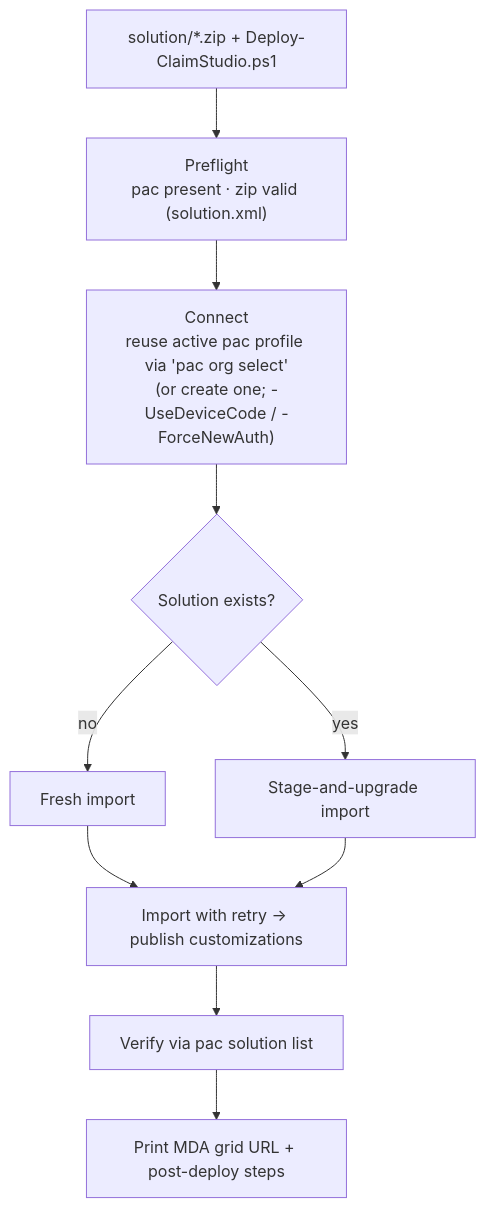
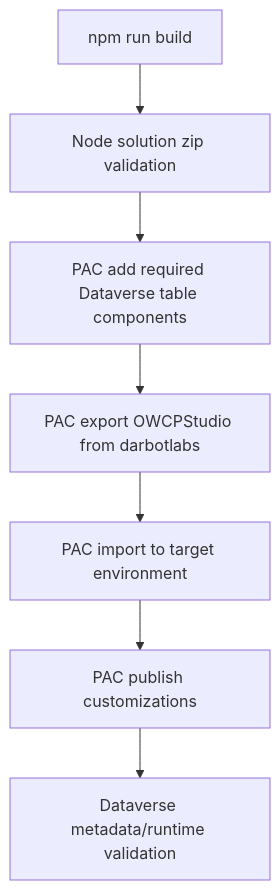
The fifth of 6 diagrams in README.md (dayour/claimsassist), drawn with Mermaid before and after one commit. The commit also changed other lines of this file and 39 other files, not shown here.

Commit message:
Update Claim Studio runtime docs and PDF schema

````diff
--- a/README.md
+++ b/README.md
@@ -167,12 +197,9 @@
 ```mermaid
 flowchart TB
-    Z["solution/*.zip + Deploy-ClaimStudio.ps1"] --> P1["Preflight<br/>pac present · zip valid (solution.xml)"]
-    P1 --> A1["Connect<br/>reuse active pac profile via 'pac org select'<br/>(or create one; -UseDeviceCode / -ForceNewAuth)"]
-    A1 --> D1{"Solution exists?"}
-    D1 -->|no| I1["Fresh import"]
-    D1 -->|yes| I2["Stage-and-upgrade import"]
-    I1 --> R["Import with retry → publish customizations"]
-    I2 --> R
-    R --> V["Verify via pac solution list"]
-    V --> N["Print MDA grid URL + post-deploy steps"]
+    B["npm run build"] --> V["Node solution zip validation"]
+    V --> C["PAC add required Dataverse table components"]
+    C --> E["PAC export OWCPStudio from darbotlabs"]
+    E --> I["PAC import to target environment"]
+    I --> P["PAC publish customizations"]
+    P --> D["Dataverse metadata/runtime validation"]
 ```
````
